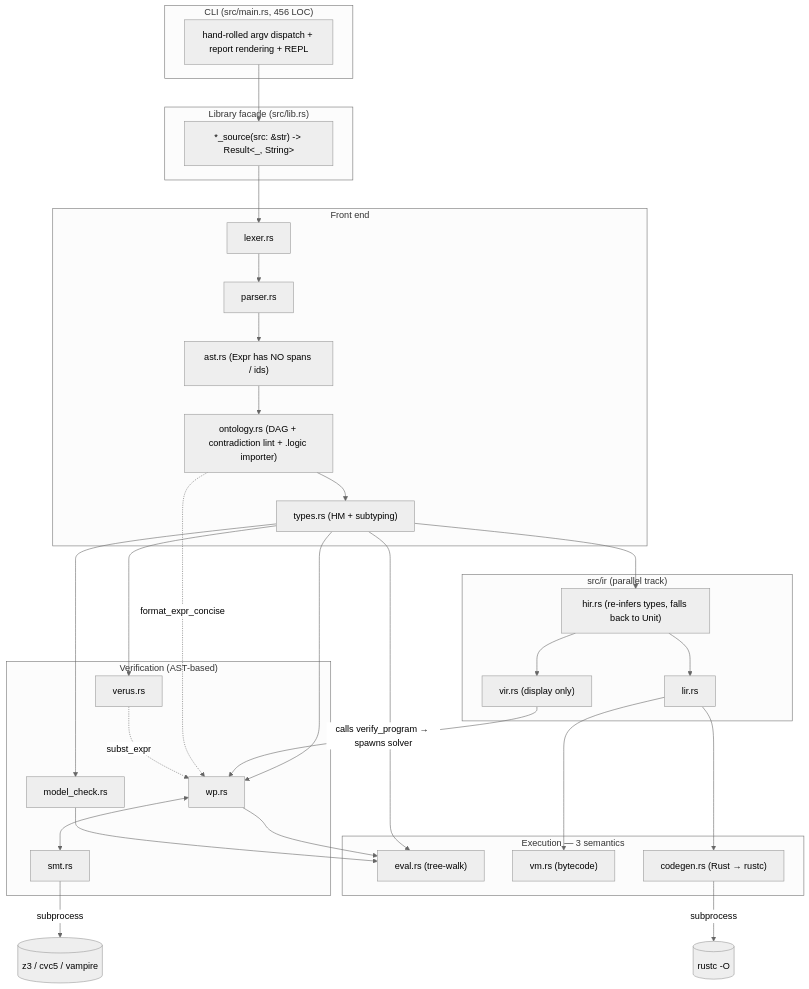
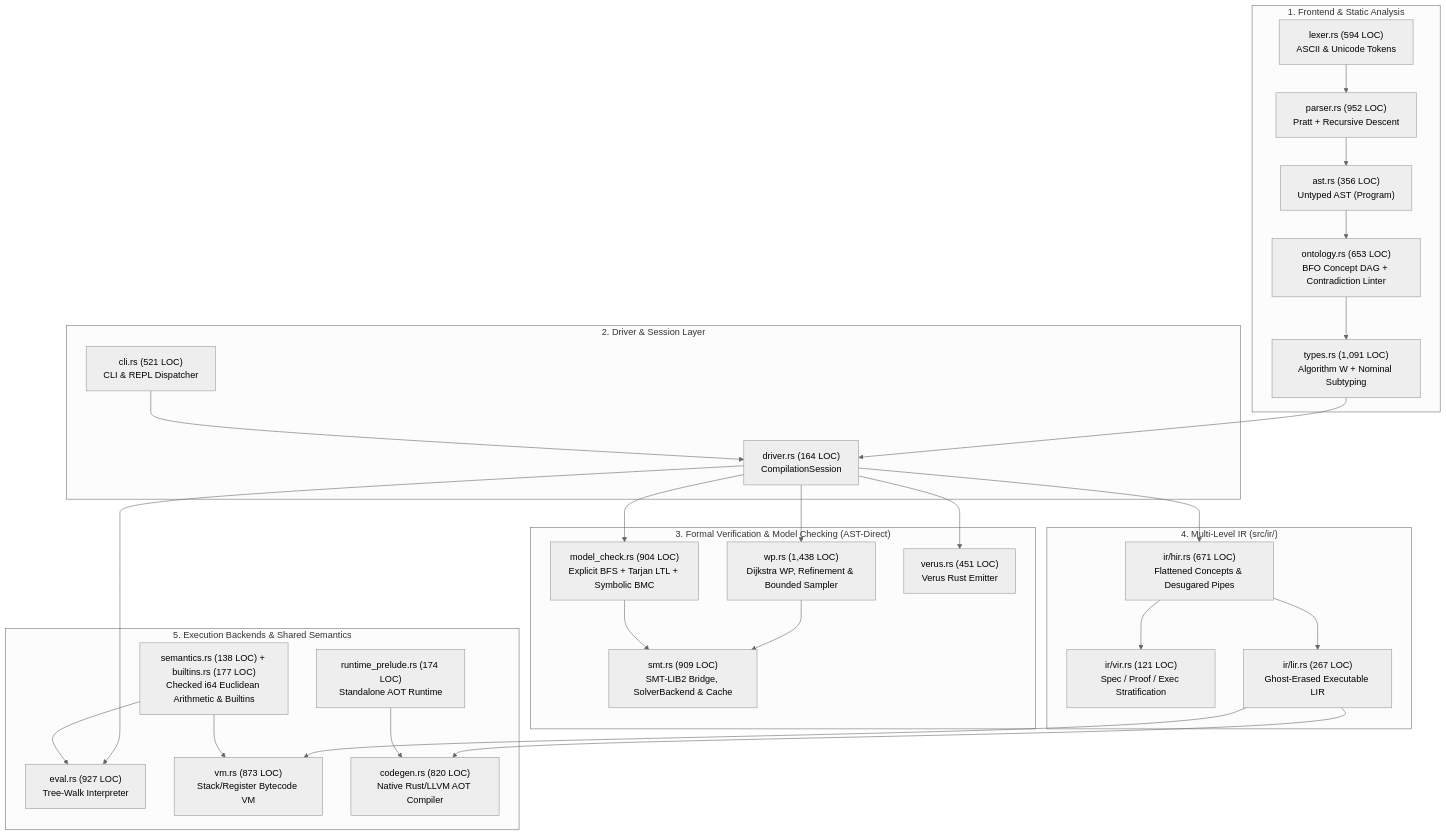
One commit to bsommers/bil changed the first of 2 diagrams in docs/ARCHITECTURE_REVIEW.md. Above: the diagram before and after it, drawn with Mermaid (neutral theme). The commit also changed other lines of this file and 9 other files, not shown here.

Commit message:
feat(wp,smt,cli): P1.1/P1.2/P2.1 extract expr_utils, incremental SMT VC batching, and CLI --bmc flag

````diff
--- a/docs/ARCHITECTURE_REVIEW.md
+++ b/docs/ARCHITECTURE_REVIEW.md
@@ -38,44 +35,37 @@
 ```mermaid
 flowchart TD
-    subgraph Presentation ["CLI (src/main.rs, 456 LOC)"]
-        CLI["hand-rolled argv dispatch + report rendering + REPL"]
+    subgraph Frontend["1. Frontend & Static Analysis"]
+        Lex["lexer.rs (594 LOC)<br/>ASCII & Unicode Tokens"] --> Parse["parser.rs (952 LOC)<br/>Pratt + Recursive Descent"]
+        Parse --> AST["ast.rs (356 LOC)<br/>Untyped AST (Program)"]
+        AST --> Onto["ontology.rs (653 LOC)<br/>BFO Concept DAG + Contradiction Linter"]
+        Onto --> HM["types.rs (1,091 LOC)<br/>Algorithm W + Nominal Subtyping"]
     end
 
-    subgraph Facade ["Library facade (src/lib.rs)"]
-        LIB["*_source(src: &str) -> Result<_, String>"]
+    subgraph Session["2. Driver & Session Layer"]
+        HM --> CompSession["driver.rs (164 LOC)<br/>CompilationSession"]
+        CLI["cli.rs (521 LOC)<br/>CLI & REPL Dispatcher"] --> CompSession
     end
 
-    subgraph Front ["Front end"]
-        LEX["lexer.rs"] --> PAR["parser.rs"] --> AST["ast.rs (Expr has NO spans / ids)"]
-        AST --> ONTO["ontology.rs (DAG + contradiction lint + .logic importer)"]
-        ONTO --> TY["types.rs (HM + subtyping)"]
+    subgraph Verification["3. Formal Verification & Model Checking (AST-Direct)"]
+        CompSession --> WP["wp.rs (1,438 LOC)<br/>Dijkstra WP, Refinement & Bounded Sampler"]
+        WP --> SMT["smt.rs (909 LOC)<br/>SMT-LIB2 Bridge, SolverBackend & Cache"]
+        CompSession --> MC["model_check.rs (904 LOC)<br/>Explicit BFS + Tarjan LTL + Symbolic BMC"]
+        MC --> SMT
+        CompSession --> Verus["verus.rs (451 LOC)<br/>Verus Rust Emitter"]
     end
 
-    subgraph Verify ["Verification (AST-based)"]
-        WP["wp.rs"] <--> SMT["smt.rs"]
-        MC["model_check.rs"]
-        VERUS["verus.rs"]
+    subgraph IR["4. Multi-Level IR (src/ir/)"]
+        CompSession --> HIR["ir/hir.rs (671 LOC)<br/>Flattened Concepts & Desugared Pipes"]
+        HIR --> VIR["ir/vir.rs (121 LOC)<br/>Spec / Proof / Exec Stratification"]
+        HIR --> LIR["ir/lir.rs (267 LOC)<br/>Ghost-Erased Executable LIR"]
     end
 
-    subgraph Exec ["Execution — 3 semantics"]
-        EVAL["eval.rs (tree-walk)"]
-        VM["vm.rs (bytecode)"]
-        CG["codegen.rs (Rust → rustc)"]
+    subgraph Execution["5. Execution Backends & Shared Semantics"]
+        CompSession --> Eval["eval.rs (927 LOC)<br/>Tree-Walk Interpreter"]
+        LIR --> VM["vm.rs (873 LOC)<br/>Stack/Register Bytecode VM"]
+        LIR --> AOT["codegen.rs (820 LOC)<br/>Native Rust/LLVM AOT Compiler"]
+        Sem["semantics.rs (138 LOC) + builtins.rs (177 LOC)<br/>Checked i64 Euclidean Arithmetic & Builtins"] --> Eval
+        Sem --> VM
+        Prelude["runtime_prelude.rs (174 LOC)<br/>Standalone AOT Runtime"] --> AOT
     end
-
-    subgraph IR ["src/ir (parallel track)"]
-        HIR["hir.rs (re-infers types, falls back to Unit)"] --> VIR["vir.rs (display only)"]
-        HIR --> LIR["lir.rs"]
-    end
-
-    CLI --> LIB --> LEX
-    TY --> WP & MC & VERUS & EVAL & HIR
-    WP --> EVAL
-    MC --> EVAL
-    VIR -->|"calls verify_program → spawns solver"| WP
-    ONTO -.->|"format_expr_concise"| WP
-    VERUS -.->|"subst_expr"| WP
-    LIR --> VM & CG
-    SMT -->|"subprocess"| SOLVERS[("z3 / cvc5 / vampire")]
-    CG -->|"subprocess"| RUSTC[("rustc -O")]
 ```
````
